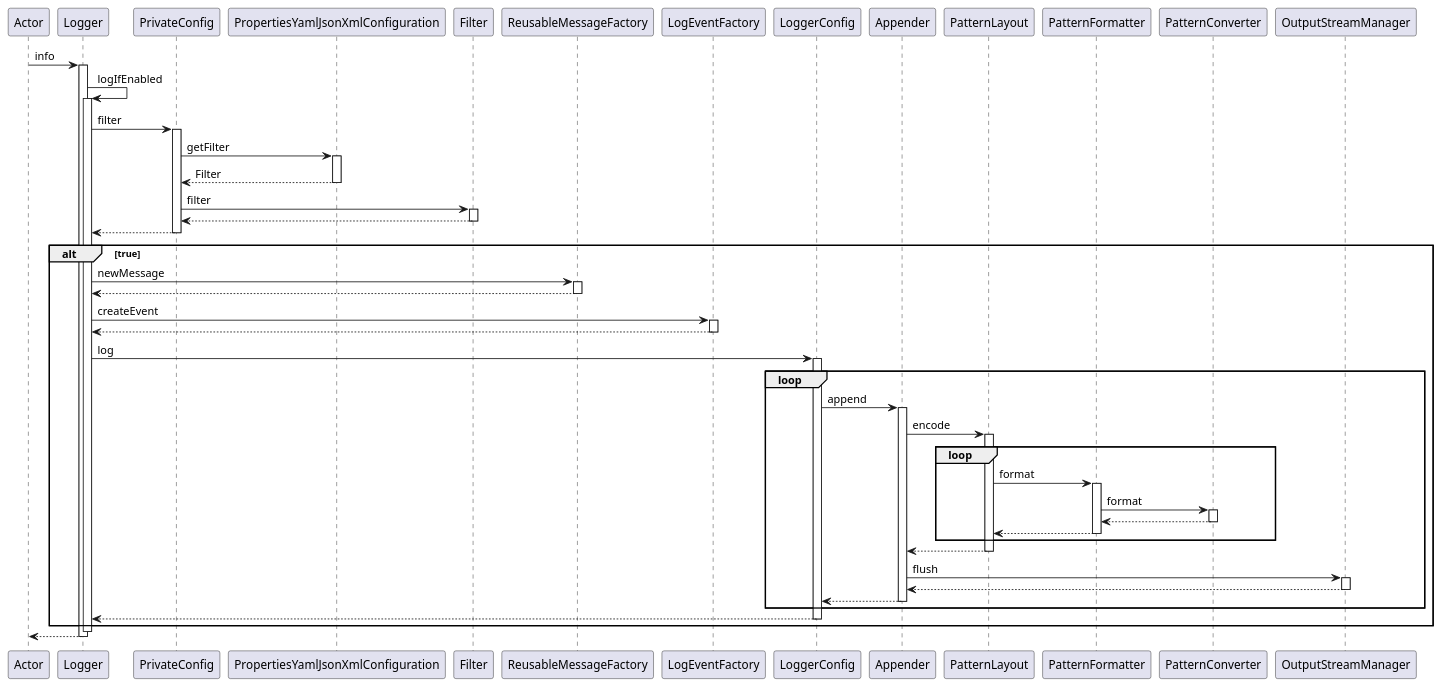
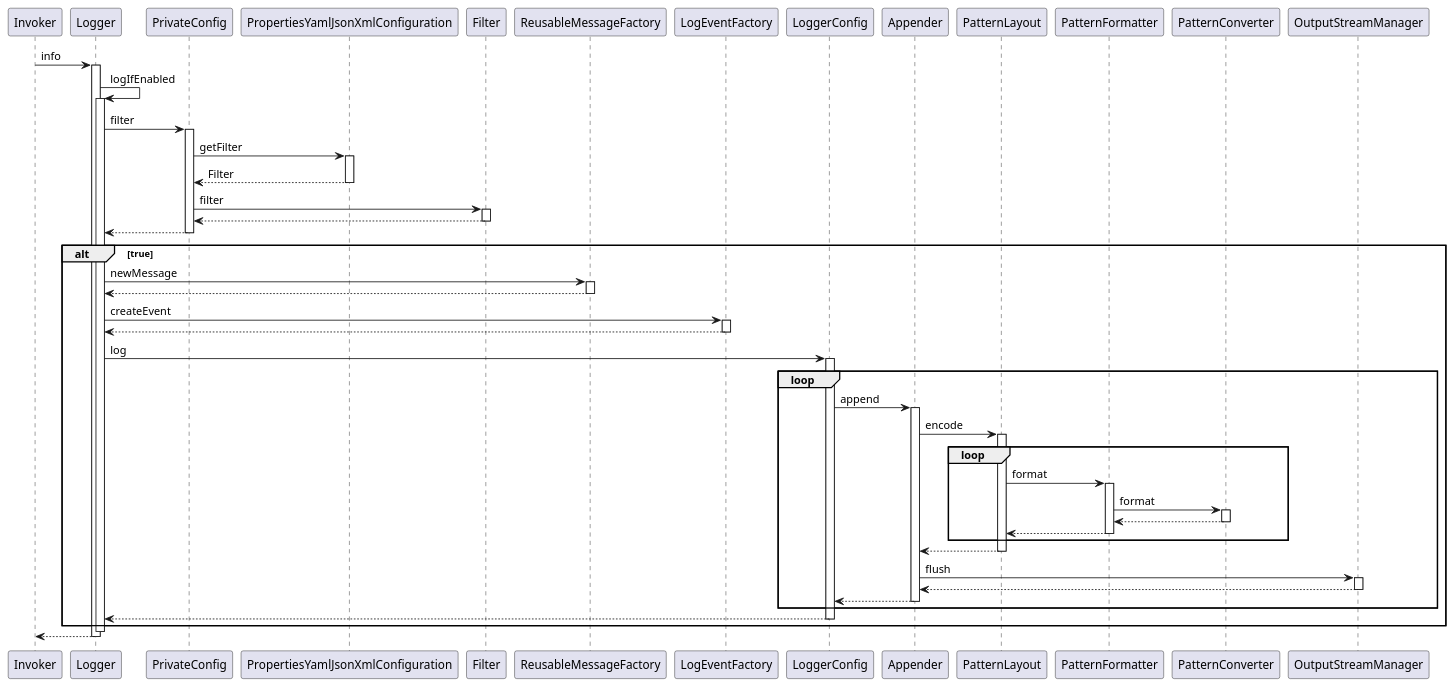
One commit to Kuojian21/kj-repo changed the diagram in kj-repo-doc/src/main/java/com/kj/repo/doc/logger/log4j2_log.puml. Above: the diagram before and after it, drawn with PlantUML. The commit also changed 13 other files, not shown here.

```diff
--- a/kj-repo-doc/src/main/java/com/kj/repo/doc/logger/log4j2_log.puml
+++ b/kj-repo-doc/src/main/java/com/kj/repo/doc/logger/log4j2_log.puml
@@ -1,66 +1,66 @@
 @startuml
-Actor -> Logger:info
+Invoker -> Logger:info
 activate Logger
     Logger -> Logger:logIfEnabled
     activate Logger
 
     Logger -> PrivateConfig:filter
         activate PrivateConfig
             PrivateConfig -> PropertiesYamlJsonXmlConfiguration:getFilter
             activate PropertiesYamlJsonXmlConfiguration
             PropertiesYamlJsonXmlConfiguration --> PrivateConfig:Filter
             deactivate PropertiesYamlJsonXmlConfiguration
 
             PrivateConfig -> Filter:filter
             activate Filter
             Filter --> PrivateConfig
             deactivate Filter
         PrivateConfig --> Logger
         deactivate PrivateConfig
         alt true
             Logger -> ReusableMessageFactory:newMessage
             activate ReusableMessageFactory
             ReusableMessageFactory --> Logger
             deactivate ReusableMessageFactory
 
             Logger -> LogEventFactory:createEvent
             activate LogEventFactory
             LogEventFactory --> Logger
             deactivate LogEventFactory
 
             Logger -> LoggerConfig:log
             activate LoggerConfig
             loop
                 LoggerConfig -> Appender:append
                 activate Appender
                     Appender -> PatternLayout:encode
                     activate PatternLayout
                     loop
                         PatternLayout -> PatternFormatter:format
                         activate PatternFormatter
                             PatternFormatter -> PatternConverter:format
                             activate PatternConverter
                             PatternConverter --> PatternFormatter
                             deactivate PatternConverter
                             PatternFormatter --> PatternLayout
                         deactivate PatternFormatter
                     end
                     PatternLayout --> Appender
                     deactivate PatternLayout
 
                     Appender -> OutputStreamManager:flush
                     activate OutputStreamManager
                     OutputStreamManager --> Appender
                     deactivate OutputStreamManager
 
                 Appender --> LoggerConfig
                 deactivate Appender
             end
             LoggerConfig --> Logger
             deactivate LoggerConfig
         end
 
     deactivate Logger
-Logger --> Actor
+Logger --> Invoker
 deactivate Logger
 @enduml
```
